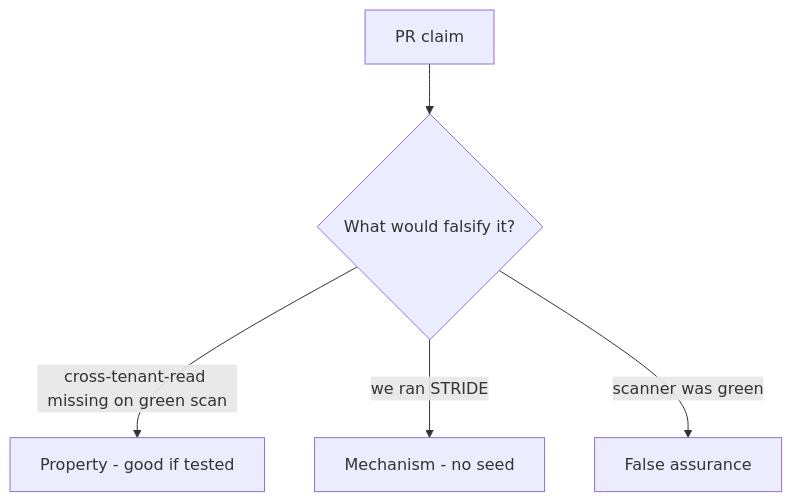
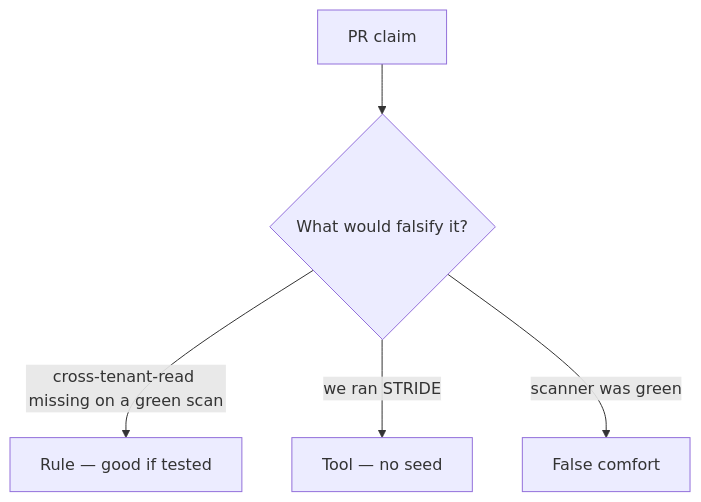
Before and after one commit to ishitvagoel/LearnSecurity: the diagram in content/modules/3/3.2/lessons/08-review.md, drawn with Mermaid. The commit also changed other lines of this file and 31 other files, not shown here.

````diff
--- a/content/modules/3/3.2/lessons/08-review.md
+++ b/content/modules/3/3.2/lessons/08-review.md
@@ -17,7 +18,7 @@
 ```mermaid
 flowchart TD
   Claim[PR claim] --> Q{"What would falsify it?"}
-  Q -->|"cross-tenant-read missing on green scan"| Property["Property - good if tested"]
-  Q -->|"we ran STRIDE"| Mechanism[Mechanism - no seed]
-  Q -->|"scanner was green"| False[False assurance]
+  Q -->|"cross-tenant-read missing on a green scan"| Property["Rule — good if tested"]
+  Q -->|"we ran STRIDE"| Mechanism[Tool — no seed]
+  Q -->|"scanner was green"| False[False comfort]
 ```
````
